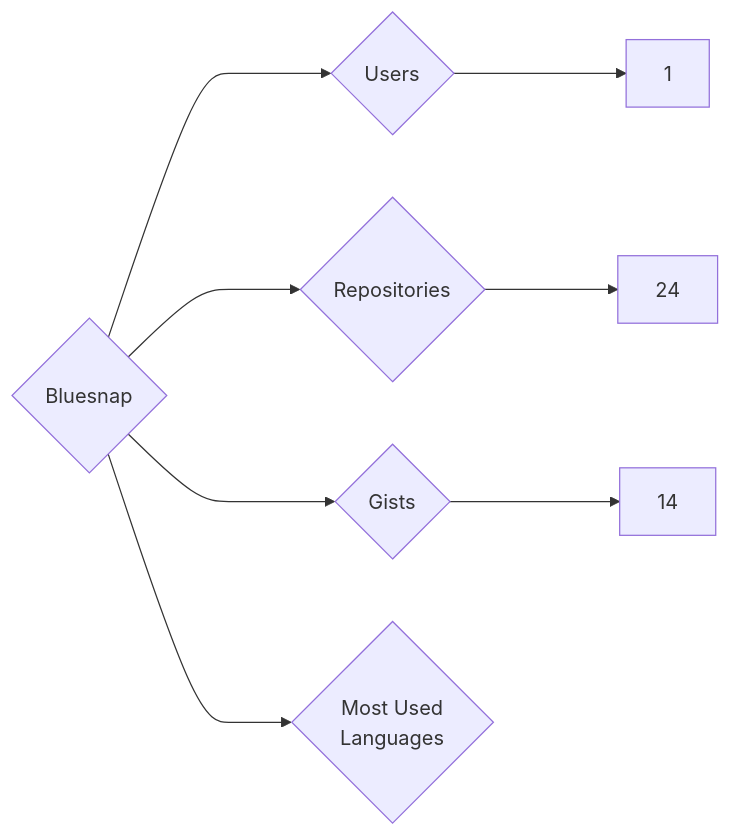
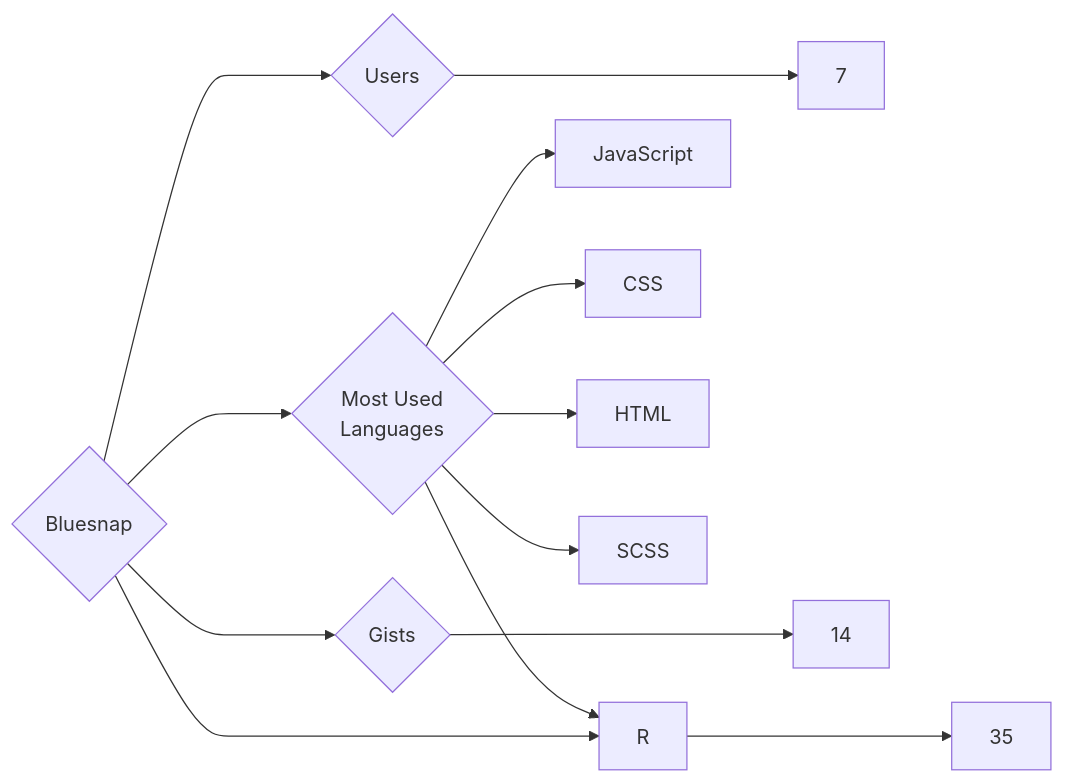
One commit to trickest/insiders changed the diagram in targets/Bluesnap/README.md. Above: the diagram before and after it, drawn with Mermaid. The commit also changed 786 other files, not shown here.

````diff
--- a/targets/Bluesnap/README.md
+++ b/targets/Bluesnap/README.md
@@ -3,8 +3,13 @@
 ```mermaid
 graph LR
 COMPANY_NAME{Bluesnap}
-COMPANY_NAME ---> U{Users} ---> UN[1]
-COMPANY_NAME ---> R{Repositories} ---> RN[24]
+COMPANY_NAME ---> U{Users} ---> UN[7]
+COMPANY_NAME ---> R{Repositories} ---> RN[35]
 COMPANY_NAME ---> G{Gists} ---> GN[14]
 COMPANY_NAME ---> ML{Most Used<br>Languages}
+ML --> JavaScript[JavaScript]
+ML --> CSS[CSS]
+ML --> R[R]
+ML --> HTML[HTML]
+ML --> SCSS[SCSS]
 ```
````
